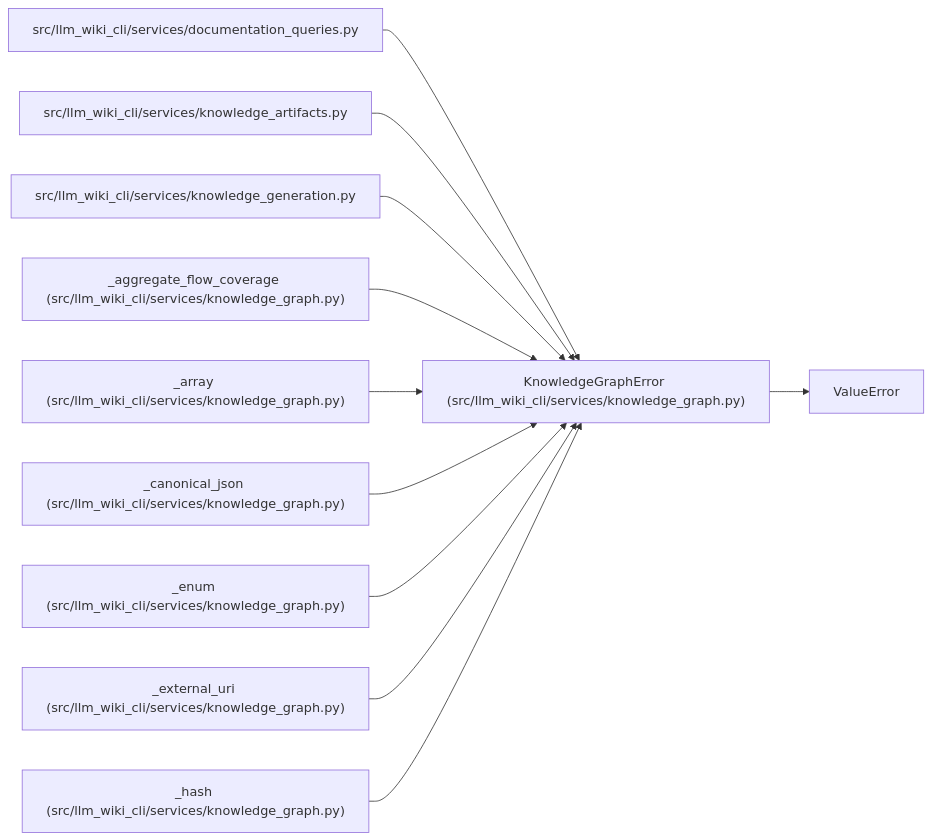
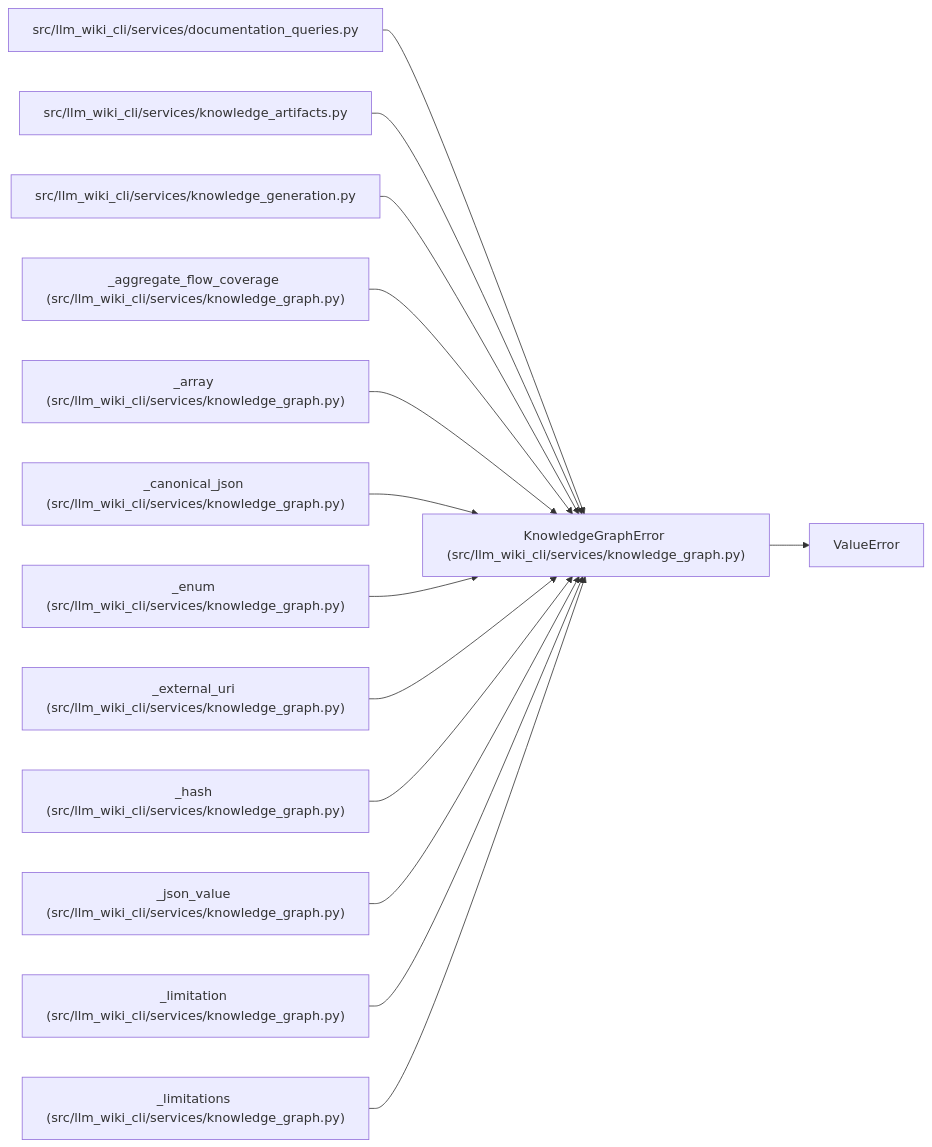
The diagram in docs/llm_wiki/entities/KnowledgeGraphError.md (Denissvgn/python-wiki-llm), drawn with Mermaid before and after one commit. The commit also changed other lines of this file and 493 other files, not shown here.

````diff
--- a/docs/llm_wiki/entities/KnowledgeGraphError.md
+++ b/docs/llm_wiki/entities/KnowledgeGraphError.md
@@ -25,34 +25,43 @@
 ```mermaid
 flowchart LR
     n0["KnowledgeGraphError (src/llm_wiki_cli/services/knowledge_graph.py)"]
     n1["ValueError"]
     n2["src/llm_wiki_cli/services/documentation_queries.py"]
     n3["src/llm_wiki_cli/services/knowledge_artifacts.py"]
     n4["src/llm_wiki_cli/services/knowledge_generation.py"]
     n5["_aggregate_flow_coverage (src/llm_wiki_cli/services/knowledge_graph.py)"]
     n6["_array (src/llm_wiki_cli/services/knowledge_graph.py)"]
     n7["_canonical_json (src/llm_wiki_cli/services/knowledge_graph.py)"]
     n8["_enum (src/llm_wiki_cli/services/knowledge_graph.py)"]
     n9["_external_uri (src/llm_wiki_cli/services/knowledge_graph.py)"]
     n10["_hash (src/llm_wiki_cli/services/knowledge_graph.py)"]
+    n11["_json_value (src/llm_wiki_cli/services/knowledge_graph.py)"]
+    n12["_limitation (src/llm_wiki_cli/services/knowledge_graph.py)"]
+    n13["_limitations (src/llm_wiki_cli/services/knowledge_graph.py)"]
     n0 --> n1
     n2 --> n0
     n3 --> n0
     n4 --> n0
     n5 --> n0
     n6 --> n0
     n7 --> n0
     n8 --> n0
     n9 --> n0
     n10 --> n0
+    n11 --> n0
+    n12 --> n0
+    n13 --> n0
     click n0 "../modules/knowledge_graph.md"
     click n2 "../modules/documentation_queries.md"
     click n3 "../modules/knowledge_artifacts.md"
     click n4 "../modules/knowledge_generation.md"
     click n5 "../modules/knowledge_graph.md"
     click n6 "../modules/knowledge_graph.md"
     click n7 "../modules/knowledge_graph.md"
     click n8 "../modules/knowledge_graph.md"
     click n9 "../modules/knowledge_graph.md"
     click n10 "../modules/knowledge_graph.md"
+    click n11 "../modules/knowledge_graph.md"
+    click n12 "../modules/knowledge_graph.md"
+    click n13 "../modules/knowledge_graph.md"
 ```
````
